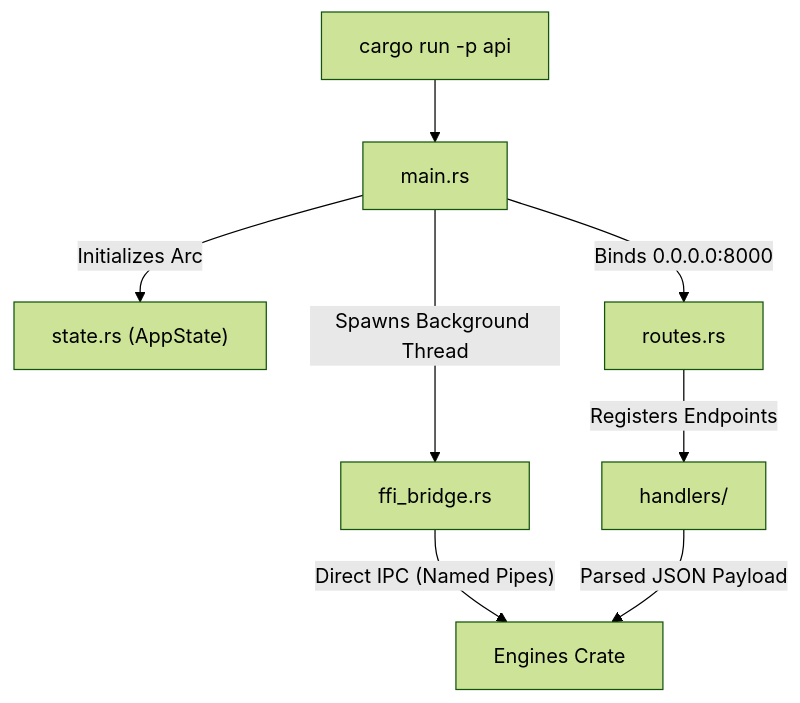
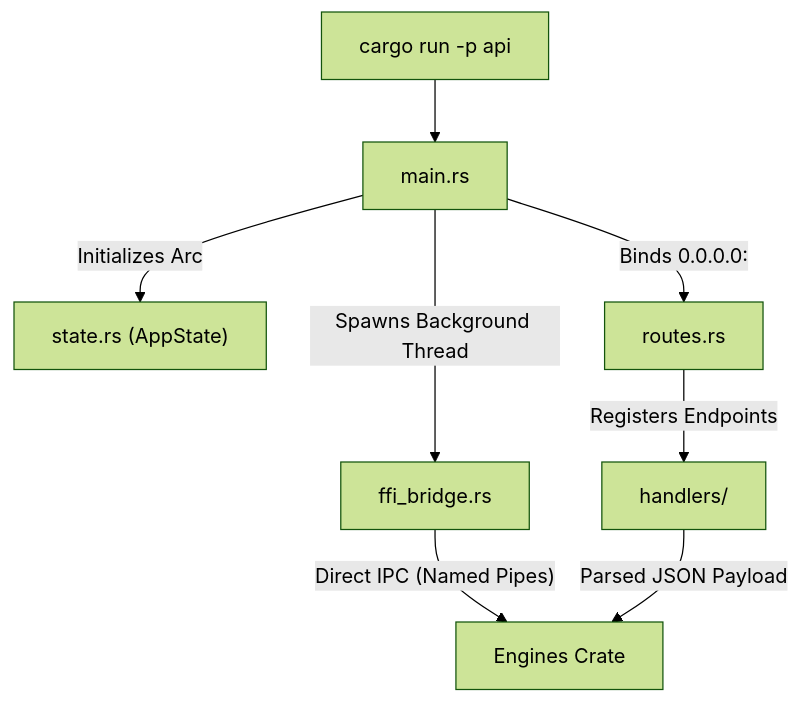
The diagram in inference-engine/api/src/README.md (ayan-kushwaha/Cluaiz-), drawn with Mermaid (forest theme) before and after one commit. The commit also changed 22 other files, not shown here.

````diff
--- a/inference-engine/api/src/README.md
+++ b/inference-engine/api/src/README.md
@@ -15,11 +15,11 @@
 ```mermaid
 graph TD
     Boot["cargo run -p api"] --> Main["main.rs"]
     Main -->|"Initializes Arc<Mutex>"| State["state.rs (AppState)"]
     Main -->|"Spawns Background Thread"| FFI["ffi_bridge.rs"]
-    Main -->|"Binds 0.0.0.0:8000"| Routes["routes.rs"]
+    Main -->|"Binds 0.0.0.0:<api_port>"| Routes["routes.rs"]
     Routes -->|"Registers Endpoints"| Handlers["handlers/"]
     
     FFI -->|"Direct IPC (Named Pipes)"| Engines["Engines Crate"]
     Handlers -->|"Parsed JSON Payload"| Engines
 ```
````
